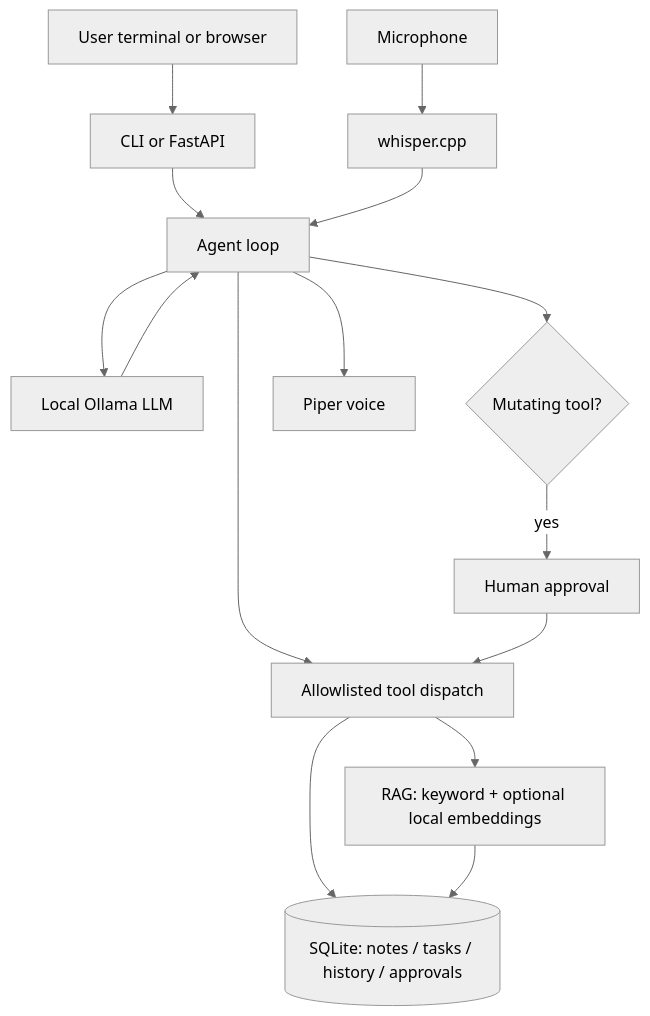
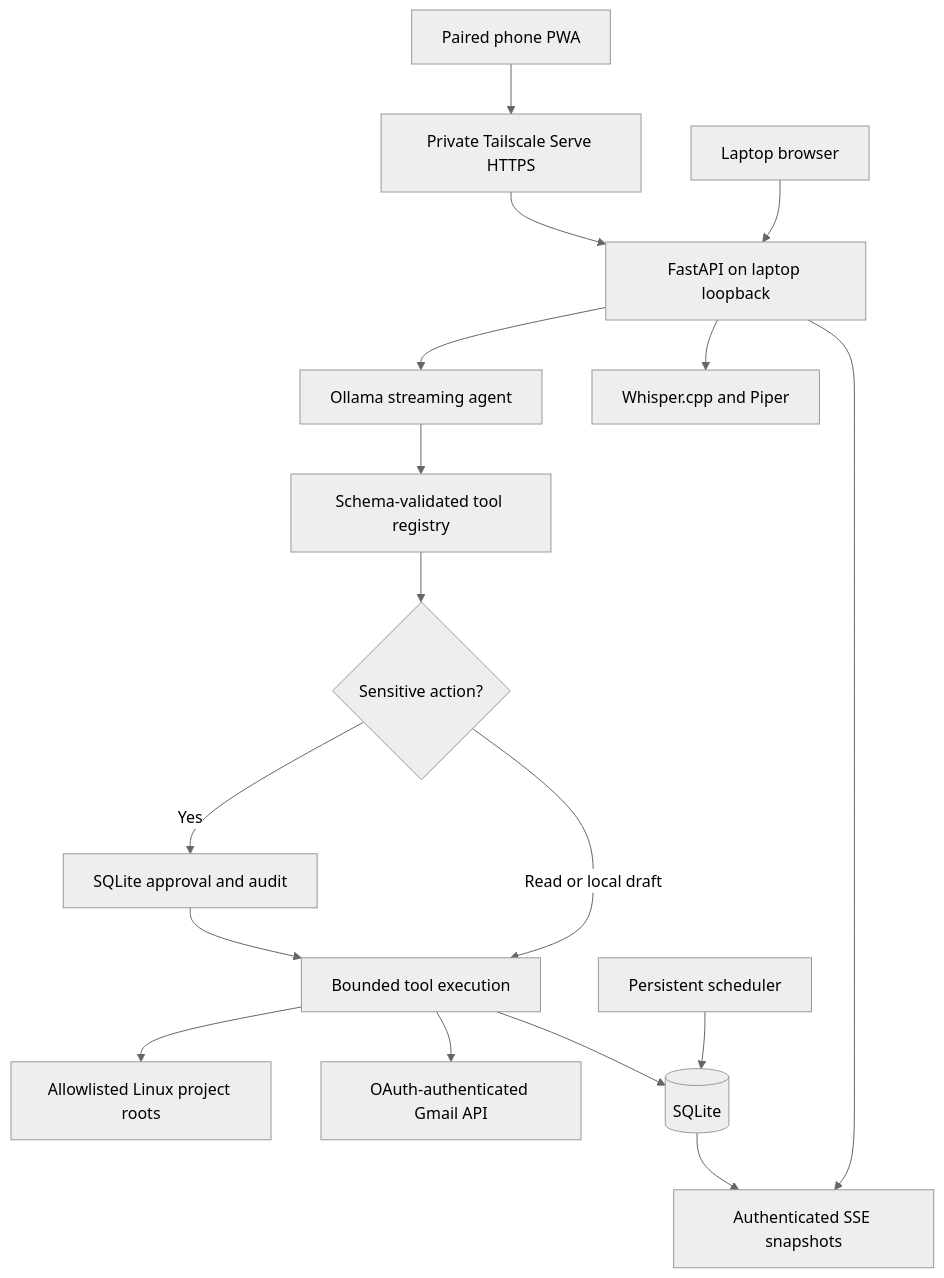
Before and after one commit to parshav42/Balaji2.0: the diagram in docs/architecture.md, drawn with Mermaid (neutral theme). The commit also changed other lines of this file and 25 other files, not shown here.

````diff
--- a/docs/architecture.md
+++ b/docs/architecture.md
@@ -3,17 +3,19 @@
-```mermaid
+~~~mermaid
 flowchart TD
-  U[User terminal or browser] --> API[CLI or FastAPI]
-  API --> A[Agent loop]
-  A --> M[Local Ollama LLM]
-  M --> A
-  A --> TOOL[Allowlisted tool dispatch]
-  TOOL --> DB[(SQLite: notes / tasks / history / approvals)]
-  TOOL --> RAG[RAG: keyword + optional local embeddings]
-  RAG --> DB
-  A --> GUARD{Mutating tool?}
-  GUARD -->|yes| H[Human approval]
-  H --> TOOL
-  V[Microphone] --> STT[whisper.cpp]
-  STT --> A
-  A --> TTS[Piper voice]
-```
+  Phone[Paired phone PWA] --> Serve[Private Tailscale Serve HTTPS]
+  Serve --> API[FastAPI on laptop loopback]
+  Laptop[Laptop browser] --> API
+  API --> Agent[Ollama streaming agent]
+  API --> Voice[Whisper.cpp and Piper]
+  API --> Live[Authenticated SSE snapshots]
+  Agent --> Registry[Schema-validated tool registry]
+  Registry --> Gate{Sensitive action?}
+  Gate -->|Yes| Approval[SQLite approval and audit]
+  Gate -->|Read or local draft| Action[Bounded tool execution]
+  Approval --> Action
+  Action --> Files[Allowlisted Linux project roots]
+  Action --> Gmail[OAuth-authenticated Gmail API]
+  Action --> DB[(SQLite)]
+  Jobs[Persistent scheduler] --> DB
+  DB --> Live
+~~~
````
